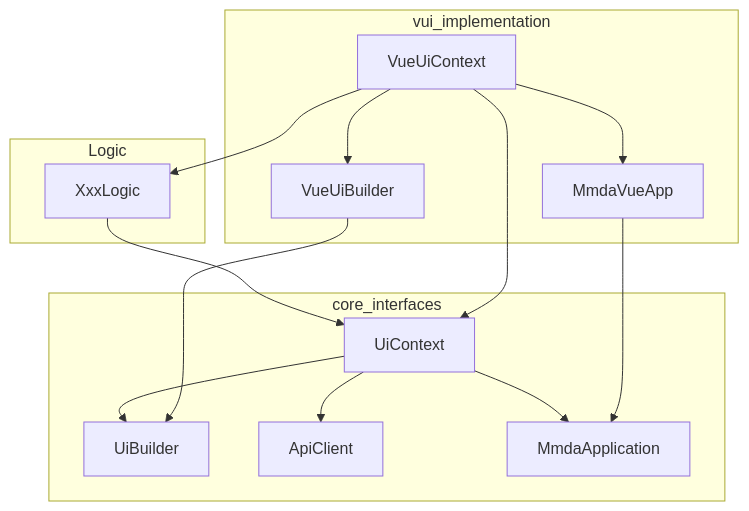
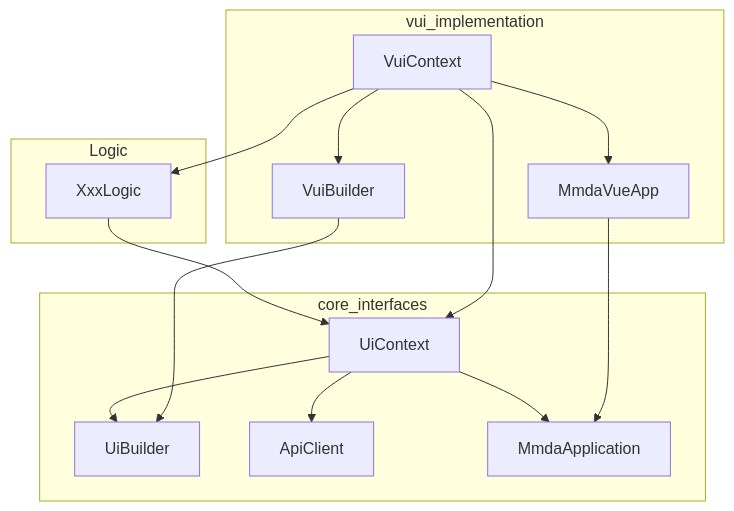
Before and after one commit to Roy7611/mmda-vue: the second of 2 diagrams in ARCHITECTURE.md, drawn with Mermaid. The commit also changed other lines of this file and 8 other files, not shown here.

````diff
--- a/ARCHITECTURE.md
+++ b/ARCHITECTURE.md
@@ -145,27 +148,27 @@
 ```mermaid
 flowchart TB
   subgraph logicLayer [Logic]
     BizLogic[XxxLogic]
   end
   subgraph coreIf [core_interfaces]
     UiCtx[UiContext]
     UiBld[UiBuilder]
     Api[ApiClient]
     MmdaApp[MmdaApplication]
   end
   subgraph vuiImpl [vui_implementation]
-    VueCtx[VueUiContext]
-    VueBld[VueUiBuilder]
+    VueCtx[VuiContext]
+    VueBld[VuiBuilder]
     VueApp[MmdaVueApp]
   end
   BizLogic --> UiCtx
   UiCtx --> UiBld
   UiCtx --> Api
   UiCtx --> MmdaApp
   VueCtx --> UiCtx
   VueBld --> UiBld
   VueApp --> MmdaApp
   VueCtx --> VueApp
   VueCtx --> VueBld
   VueCtx --> BizLogic
 ```
````
